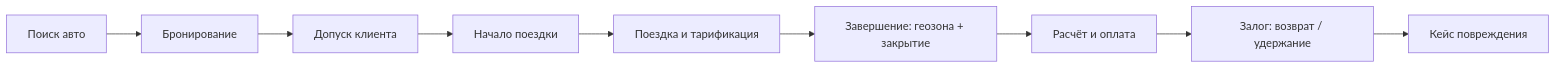
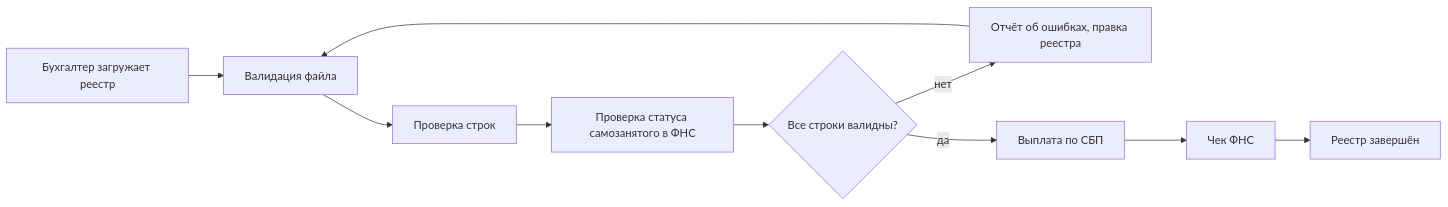
Before and after one commit to Antipindima1/722: the first of 2 diagrams in knowledge/00-index.md, drawn with Mermaid. The commit also changed other lines of this file and 22 other files, not shown here.

````diff
--- a/knowledge/00-index.md
+++ b/knowledge/00-index.md
@@ -41,11 +52,12 @@
 ```mermaid
 flowchart LR
-    A[Поиск авто] --> B[Бронирование]
-    B --> C[Допуск клиента]
-    C --> D[Начало поездки]
-    D --> E[Поездка и тарификация]
-    E --> F[Завершение: геозона + закрытие]
-    F --> G[Расчёт и оплата]
-    G --> H[Залог: возврат / удержание]
-    H --> I[Кейс повреждения]
+    A[Бухгалтер загружает реестр] --> B[Валидация файла]
+    B --> C[Проверка строк]
+    C --> D[Проверка статуса самозанятого в ФНС]
+    D --> E{Все строки валидны?}
+    E -->|нет| F[Отчёт об ошибках, правка реестра]
+    F --> B
+    E -->|да| G[Выплата по СБП]
+    G --> H[Чек ФНС]
+    H --> I[Реестр завершён]
 ```
````
